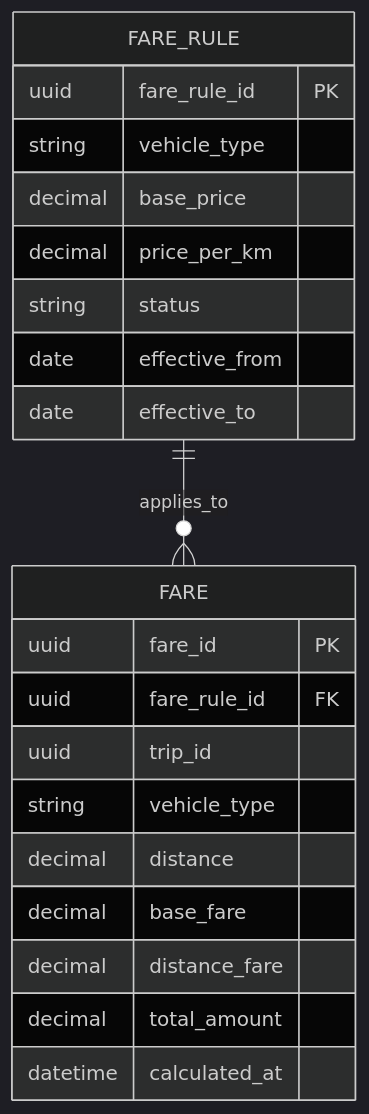
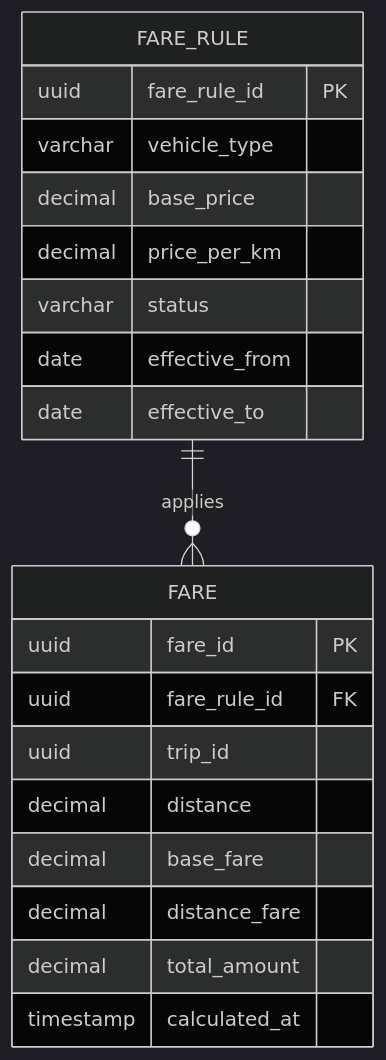
Before and after one commit to Phamha0601/23680571_PhamThiThuHa_CabSystem: diagram 15 of 28 in Microservice_Design.md, drawn with Mermaid (dark theme). The commit also changed other lines of this file, not shown here.

````diff
--- a/Microservice_Design.md
+++ b/Microservice_Design.md
@@ -909,27 +999,26 @@
 ```mermaid
 erDiagram
 
-    FARE_RULE ||--o{ FARE : applies_to
+    FARE_RULE ||--o{ FARE : applies
 
     FARE_RULE {
         uuid fare_rule_id PK
-        string vehicle_type
+        varchar vehicle_type
         decimal base_price
         decimal price_per_km
-        string status
+        varchar status
         date effective_from
         date effective_to
     }
 
     FARE {
         uuid fare_id PK
         uuid fare_rule_id FK
         uuid trip_id
-        string vehicle_type
         decimal distance
         decimal base_fare
         decimal distance_fare
         decimal total_amount
-        datetime calculated_at
+        timestamp calculated_at
     }
 ```
````
